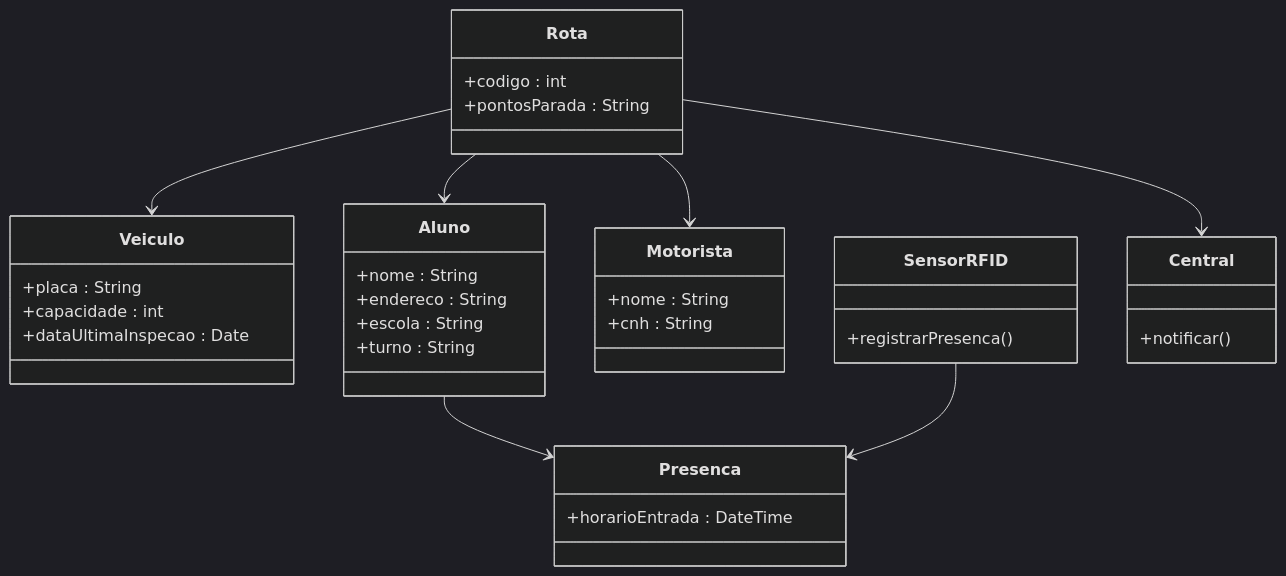
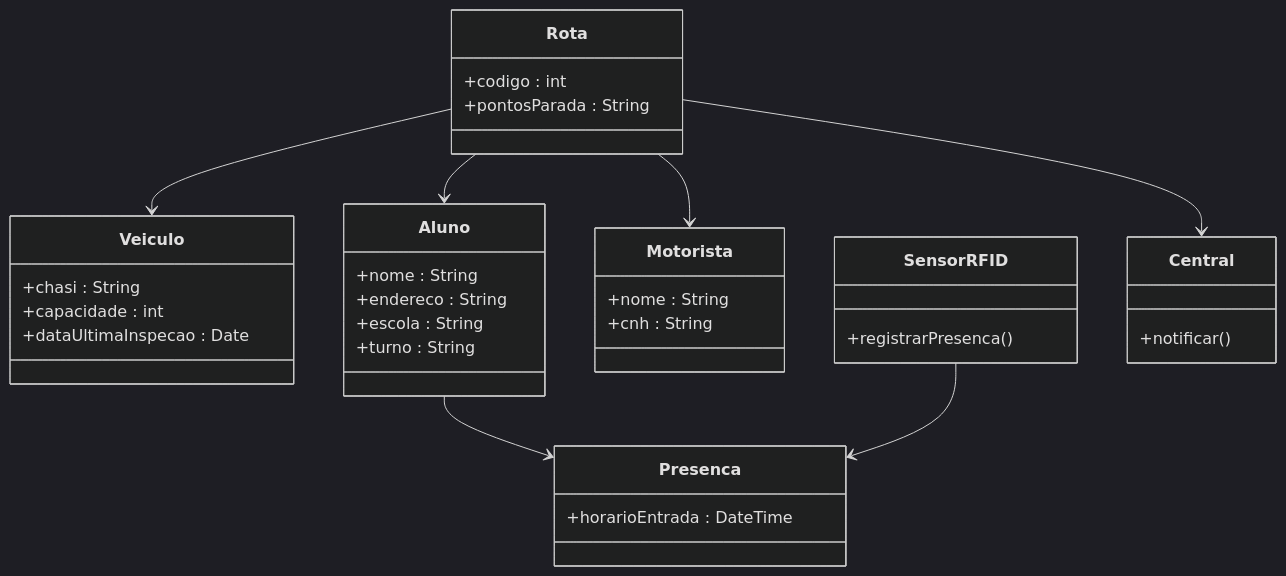
One commit to jvpr1/aulas changed the second of 4 diagrams in README.md. Above: the diagram before and after it, drawn with Mermaid (dark theme).

Commit message:
Fix formatting of class diagram in README.md

````diff
--- a/README.md
+++ b/README.md
@@ -101,45 +101,45 @@
 ```mermaid
 classDiagram
 
 class Veiculo {
-    +placa : String
+    +chasi : String
     +capacidade : int
     +dataUltimaInspecao : Date
 }
 
 class Aluno {
     +nome : String
     +endereco : String
     +escola : String
     +turno : String
 }
 
 class Motorista {
     +nome : String
     +cnh : String
 }
 
 class Rota {
     +codigo : int
     +pontosParada : String
 }
 
 class Presenca {
     +horarioEntrada : DateTime
 }
 
 class SensorRFID {
     +registrarPresenca()
 }
 
 class Central {
     +notificar()
 }
 
 Rota --> Veiculo
 Rota --> Motorista
 Rota --> Aluno
 Aluno --> Presenca
 SensorRFID --> Presenca
 Rota --> Central
 ```
````
